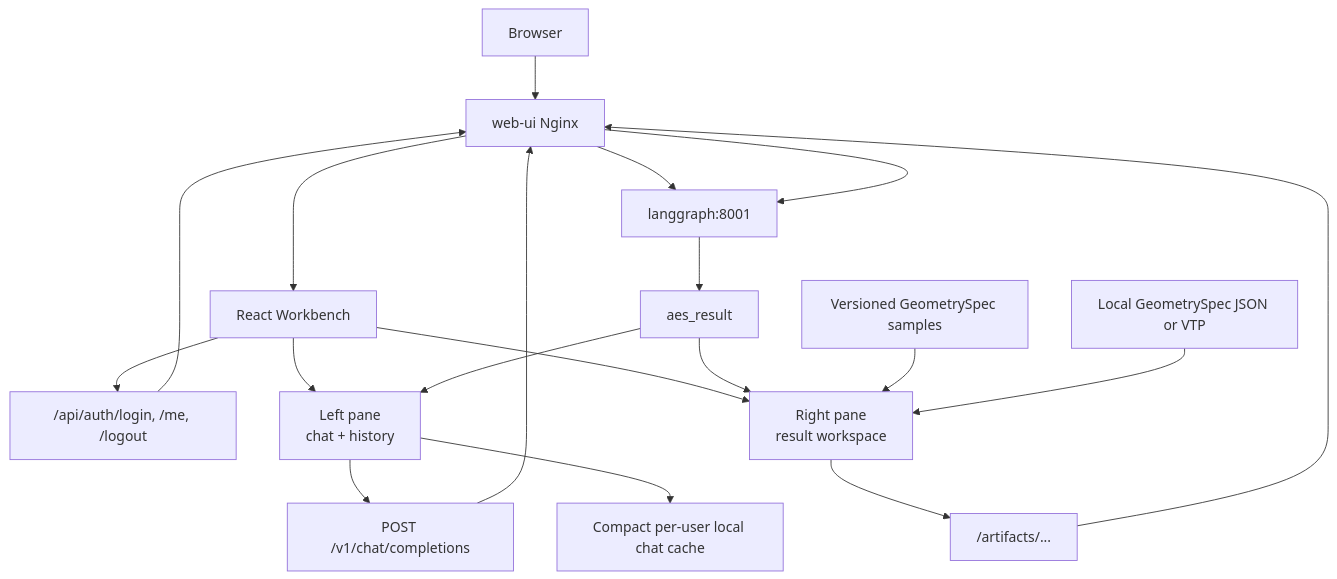
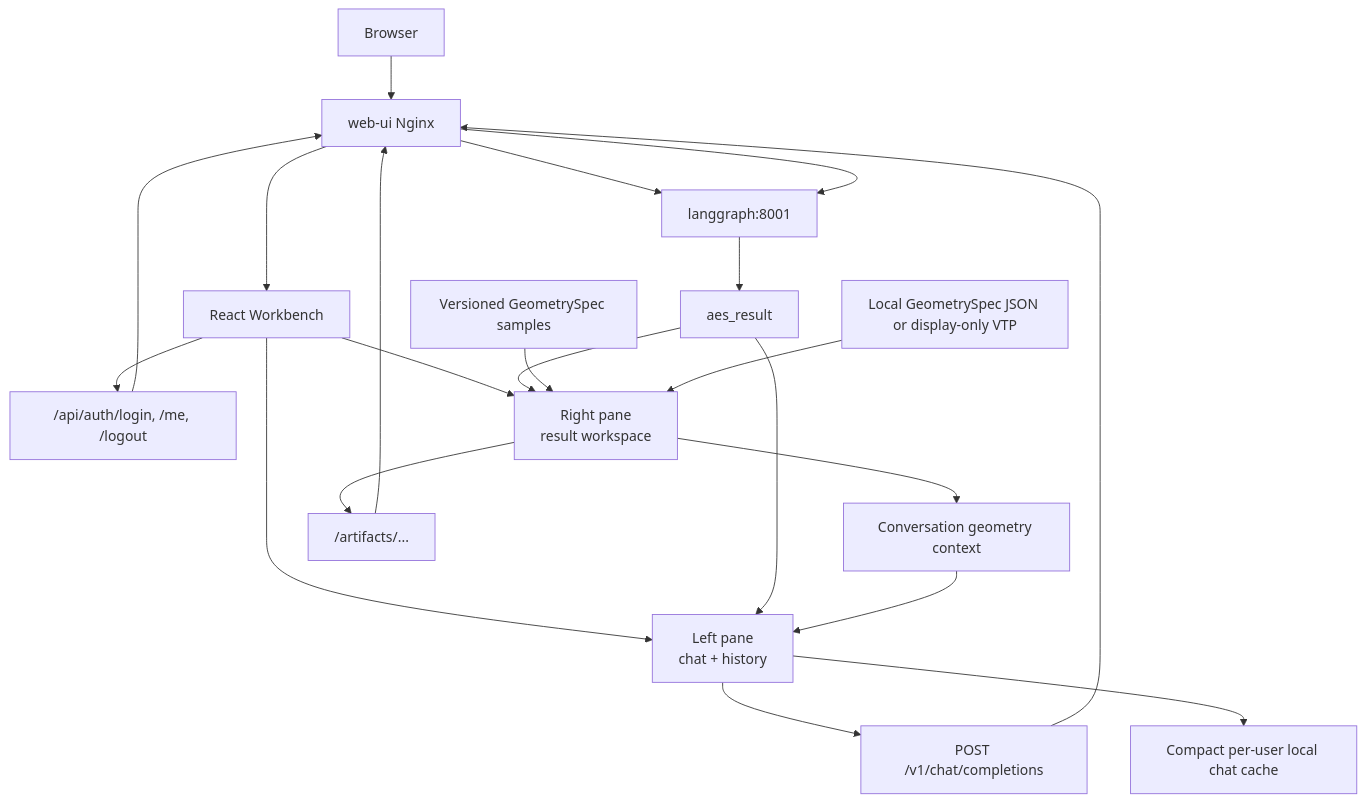
The first of 8 diagrams in web-ui/architecture.md (RadmirG/AES), drawn with Mermaid before and after one commit. The commit also changed other lines of this file and 20 other files, not shown here.

````diff
--- a/web-ui/architecture.md
+++ b/web-ui/architecture.md
@@ -7,21 +7,23 @@
 ```mermaid
 flowchart TD
     A["Browser"] --> B["web-ui Nginx"]
     B --> C["React Workbench"]
     C --> AUTH["/api/auth/login, /me, /logout"]
     AUTH --> B
     C --> D["Left pane<br/>chat + history"]
     C --> E["Right pane<br/>result workspace"]
     D --> F["POST /v1/chat/completions"]
     F --> B
     B --> G["langgraph:8001"]
     G --> H["aes_result"]
     H --> D
     H --> E
     SAMPLES["Versioned GeometrySpec samples"] --> E
-    UPLOAD["Local GeometrySpec JSON or VTP"] --> E
+    UPLOAD["Local GeometrySpec JSON or display-only VTP"] --> E
+    E --> CTX["Conversation geometry context"]
+    CTX --> D
     D --> CACHE["Compact per-user local chat cache"]
     E --> I["/artifacts/..."]
     I --> B
     B --> G
 ```
````
